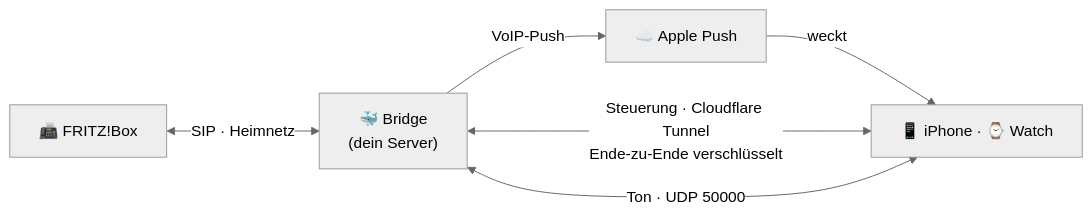
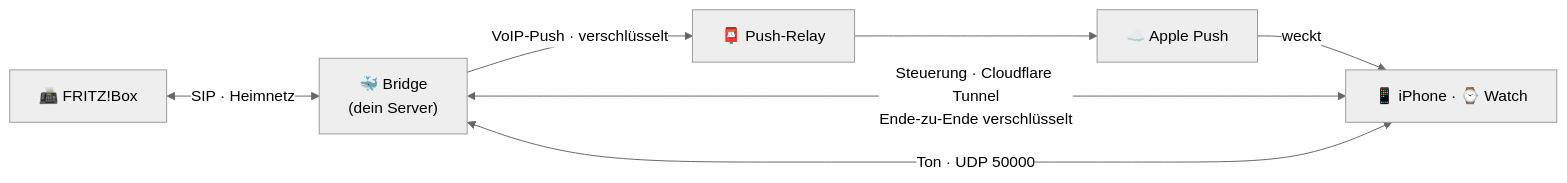
One commit to JoKeks2023/housephone changed the diagram in README.md. Above: the diagram before and after it, drawn with Mermaid (neutral theme). The commit also changed other lines of this file, not shown here.

First line of the commit message:
Describe push through the relay in the README

````diff
--- a/README.md
+++ b/README.md
@@ -72,8 +72,9 @@
 ```mermaid
 flowchart LR
     FB["📠 FRITZ!Box"] <-- "SIP · Heimnetz" --> BR["🐳 Bridge<br/>(dein Server)"]
-    BR -- "VoIP-Push" --> APNS["☁️ Apple Push"]
+    BR -- "VoIP-Push · verschlüsselt" --> RL["📮 Push-Relay"]
+    RL --> APNS["☁️ Apple Push"]
     APNS -- "weckt" --> DEV["📱 iPhone · ⌚ Watch"]
     BR <-- "Steuerung · Cloudflare Tunnel<br/>Ende-zu-Ende verschlüsselt" --> DEV
     BR <-- "Ton · UDP 50000" --> DEV
 ```
````
